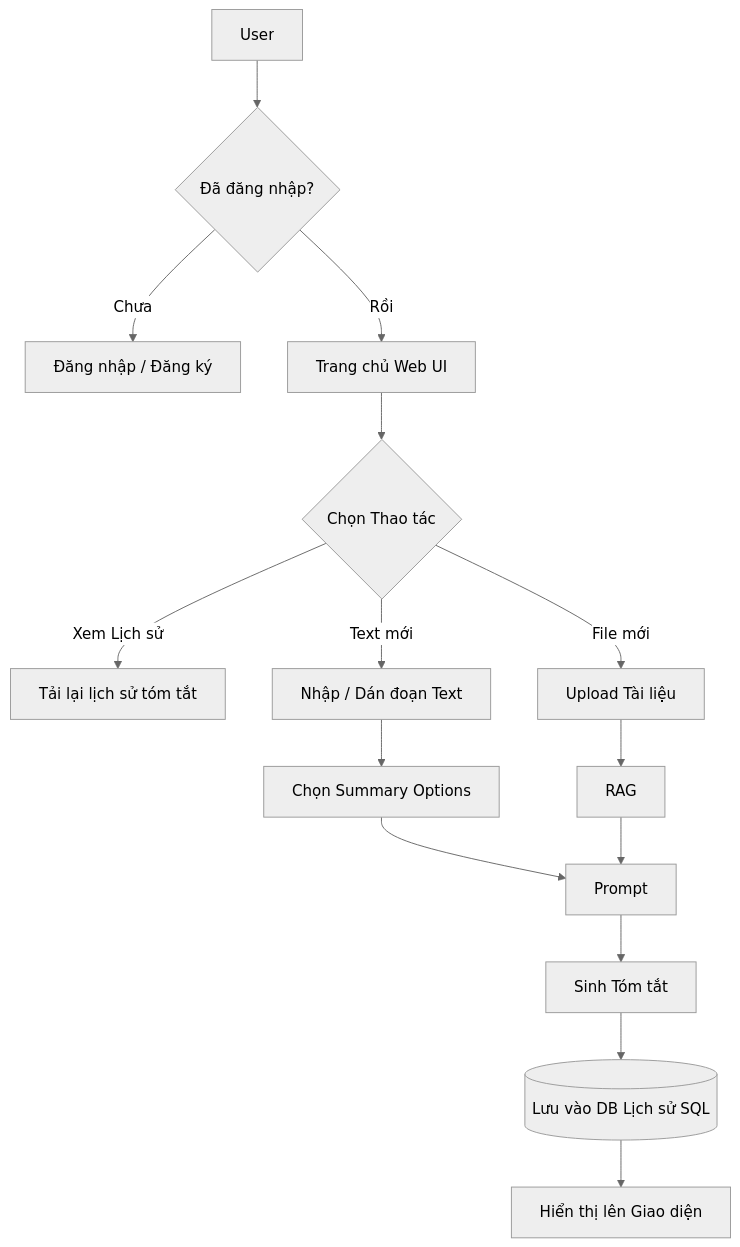
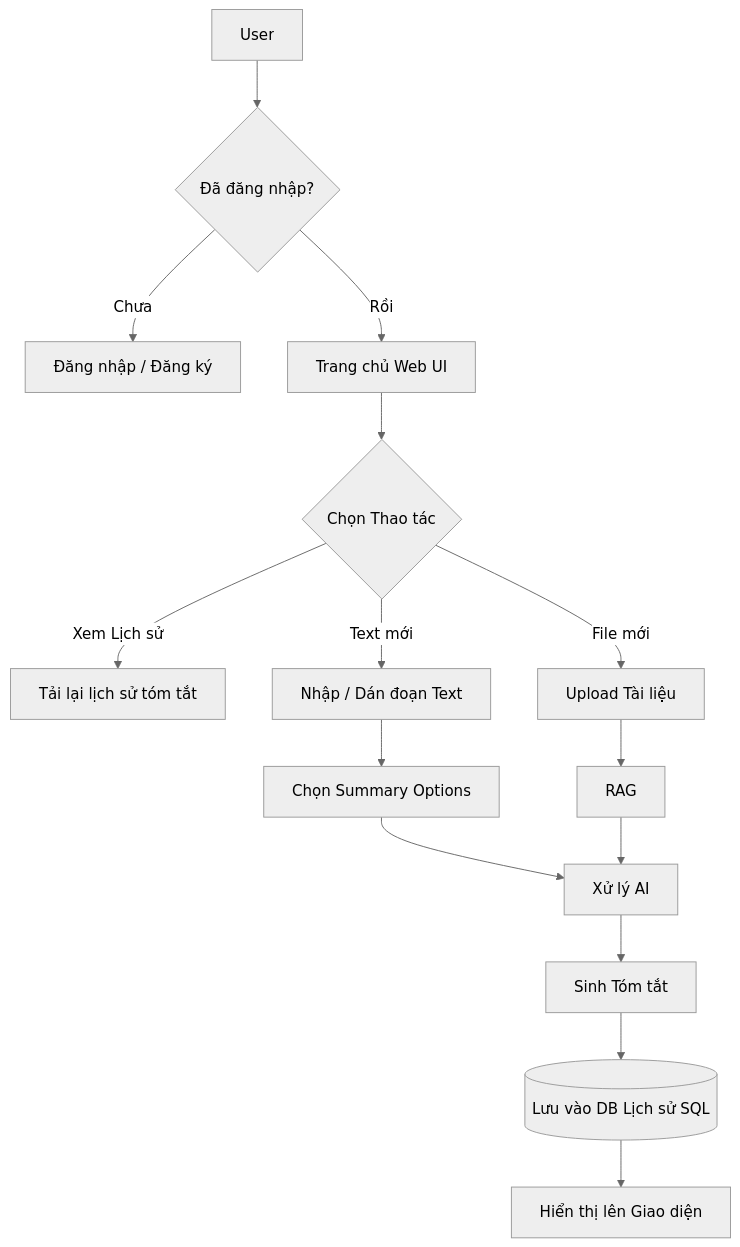
Before and after one commit to kienng221105/Summarize-Vietnamese-Text: the third of 6 diagrams in README.md, drawn with Mermaid (neutral theme). The commit also changed other lines of this file and 42 other files, not shown here.

````diff
--- a/README.md
+++ b/README.md
@@ -84,31 +84,32 @@
 ```mermaid
 flowchart TD
 
   U[User] --> L{Đã đăng nhập?}
 
   L -->|Chưa| Login[Đăng nhập / Đăng ký]
 
   L -->|Rồi| Main[Trang chủ Web UI]
 
   Main --> Action{Chọn Thao tác}
 
   Action -->|Xem Lịch sử| Hist[Tải lại lịch sử tóm tắt]
 
   Action -->|Text mới| T[Nhập / Dán đoạn Text]
 
   Action -->|File mới| F[Upload Tài liệu]
 
   T --> Options[Chọn Summary Options]
 
   F --> Document[RAG]
 
-  Options --> Process[Prompt]
+  Options --> Process[Xử lý AI]
 
   Document --> Process
 
   Process --> Gen[Sinh Tóm tắt]
 
   Gen --> Save[(Lưu vào DB Lịch sử SQL)]
 
   Save --> UI[Hiển thị lên Giao diện]
+
 ```
````
